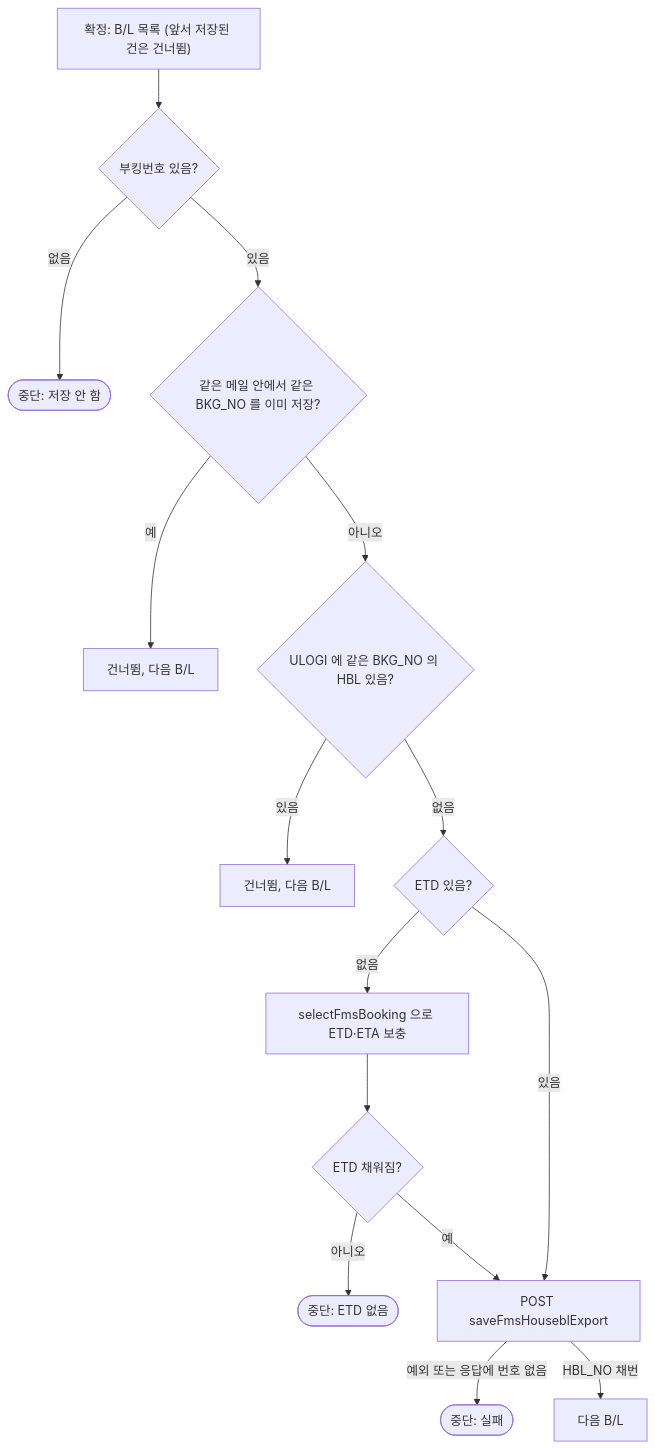
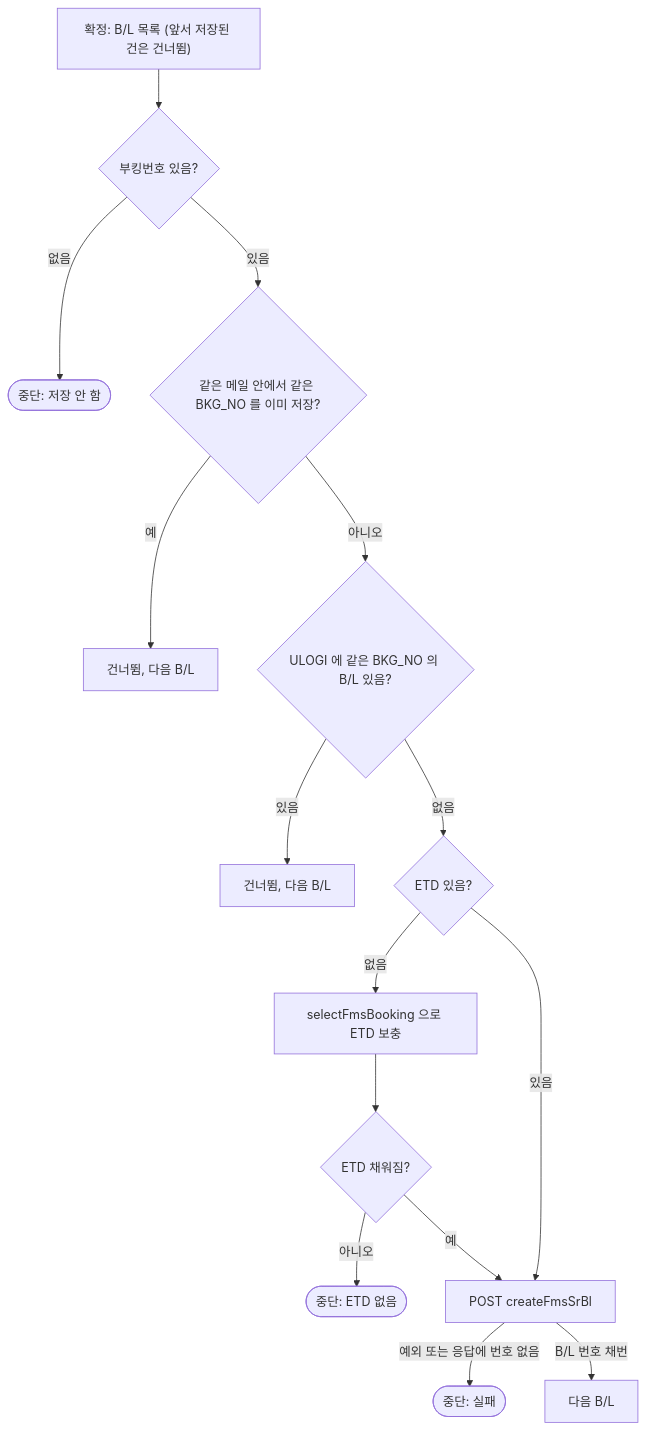
The second of 2 diagrams in docs/dev/sr_hbl_spec.md (SinokorOfficial/jp-mail-docs), drawn with Mermaid before and after one commit. The commit also changed other lines of this file and 5 other files, not shown here.

First line of the commit message:
S/R 명세를 유로지 B/L 생성 API(createFmsSrBl) 기준으로 다시 쓰고, 한국어 6개 페이지 문장을 손봄

````diff
--- a/docs/dev/sr_hbl_spec.md
+++ b/docs/dev/sr_hbl_spec.md
@@ -101,17 +108,17 @@
 ```mermaid
 flowchart TD
   S["확정: B/L 목록 (앞서 저장된 건은 건너뜀)"] --> B1{"부킹번호 있음?"}
   B1 -->|"없음"| X1(["중단: 저장 안 함"])
   B1 -->|"있음"| B2{"같은 메일 안에서 같은 BKG_NO 를 이미 저장?"}
   B2 -->|"예"| SK1["건너뜀, 다음 B/L"]
-  B2 -->|"아니오"| B3{"ULOGI 에 같은 BKG_NO 의 HBL 있음?"}
+  B2 -->|"아니오"| B3{"ULOGI 에 같은 BKG_NO 의 B/L 있음?"}
   B3 -->|"있음"| SK2["건너뜀, 다음 B/L"]
   B3 -->|"없음"| B4{"ETD 있음?"}
-  B4 -->|"없음"| B5["selectFmsBooking 으로 ETD·ETA 보충"]
+  B4 -->|"없음"| B5["selectFmsBooking 으로 ETD 보충"]
   B5 --> B6{"ETD 채워짐?"}
   B6 -->|"아니오"| X2(["중단: ETD 없음"])
-  B4 -->|"있음"| P["POST saveFmsHouseblExport"]
+  B4 -->|"있음"| P["POST createFmsSrBl"]
   B6 -->|"예"| P
   P -->|"예외 또는 응답에 번호 없음"| X3(["중단: 실패"])
-  P -->|"HBL_NO 채번"| N["다음 B/L"]
+  P -->|"B/L 번호 채번"| N["다음 B/L"]
 ```
````
